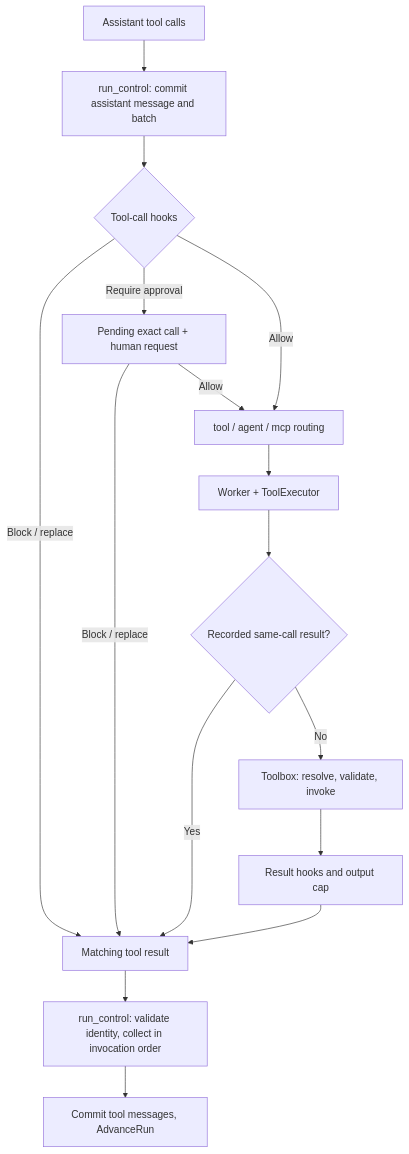
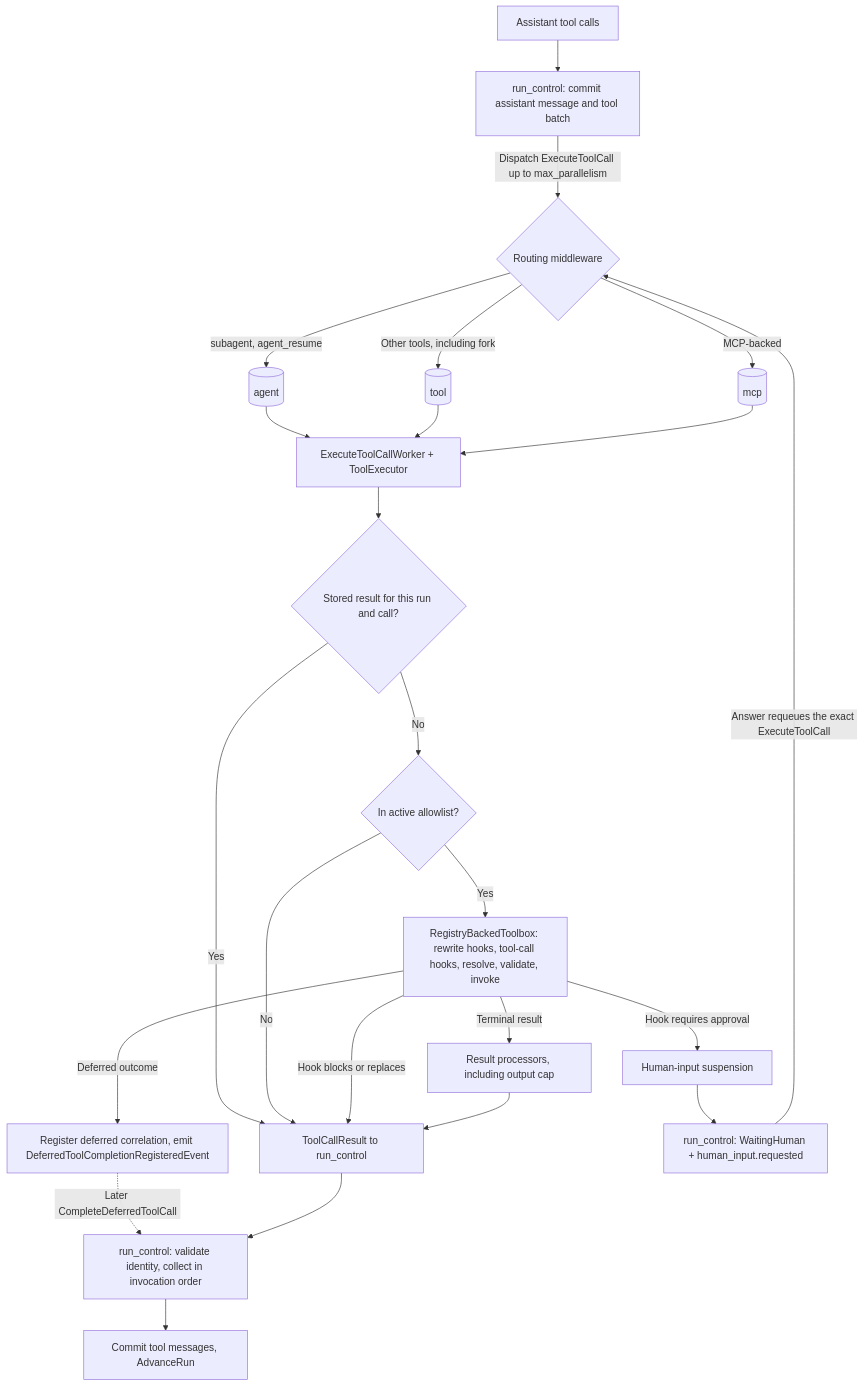
The first of 2 diagrams in architecture/tools-and-mcp.md (ineersa/agent-core), drawn with Mermaid before and after one commit. The commit also changed other lines of this file and 86 other files, not shown here.

First line of the commit message:
Fix documentation drift and expand architecture diagrams

````diff
--- a/architecture/tools-and-mcp.md
+++ b/architecture/tools-and-mcp.md
@@ -20,18 +24,26 @@
 ```mermaid
 flowchart TD
-    Model["Assistant tool calls"] --> Batch["run_control: commit assistant message and batch"]
-    Batch --> Hooks{"Tool-call hooks"}
-    Hooks -->|Block / replace| Result["Matching tool result"]
-    Hooks -->|Require approval| Human["Pending exact call + human request"]
-    Human -->|Allow| Route["tool / agent / mcp routing"]
-    Human -->|Block / replace| Result
-    Hooks -->|Allow| Route
-    Route --> Executor["Worker + ToolExecutor"]
-    Executor --> Reuse{"Recorded same-call result?"}
-    Reuse -->|Yes| Result
-    Reuse -->|No| Handler["Toolbox: resolve, validate, invoke"]
-    Handler --> Presentation["Result hooks and output cap"]
-    Presentation --> Result
+    Model["Assistant tool calls"] --> Batch["run_control: commit assistant message and tool batch"]
+    Batch -->|"Dispatch ExecuteToolCall up to max_parallelism"| Route{"Routing middleware"}
+    Route -->|"subagent, agent_resume"| AgentQ[("agent")]
+    Route -->|"MCP-backed"| McpQ[("mcp")]
+    Route -->|"Other tools, including fork"| ToolQ[("tool")]
+    AgentQ --> Worker["ExecuteToolCallWorker + ToolExecutor"]
+    ToolQ --> Worker
+    McpQ --> Worker
+    Worker --> Reuse{"Stored result for this run and call?"}
+    Reuse -->|Yes| Result["ToolCallResult to run_control"]
+    Reuse -->|No| Allow{"In active allowlist?"}
+    Allow -->|No| Result
+    Allow -->|Yes| Toolbox["RegistryBackedToolbox: rewrite hooks, tool-call hooks, resolve, validate, invoke"]
+    Toolbox -->|"Hook blocks or replaces"| Result
+    Toolbox -->|"Hook requires approval"| Suspend["Human-input suspension"]
+    Toolbox -->|"Deferred outcome"| Deferred["Register deferred correlation, emit DeferredToolCompletionRegisteredEvent"]
+    Toolbox -->|"Terminal result"| Process["Result processors, including output cap"]
+    Process --> Result
+    Suspend --> Wait["run_control: WaitingHuman + human_input.requested"]
+    Wait -->|"Answer requeues the exact ExecuteToolCall"| Route
+    Deferred -.->|"Later CompleteDeferredToolCall"| Collect
     Result --> Collect["run_control: validate identity, collect in invocation order"]
     Collect --> Continue["Commit tool messages, AdvanceRun"]
 ```
````
